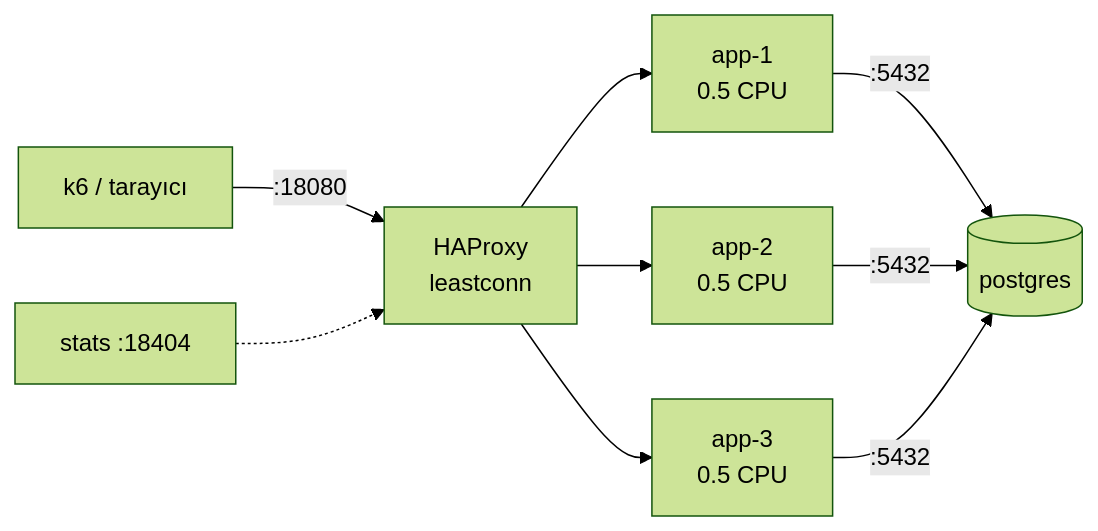
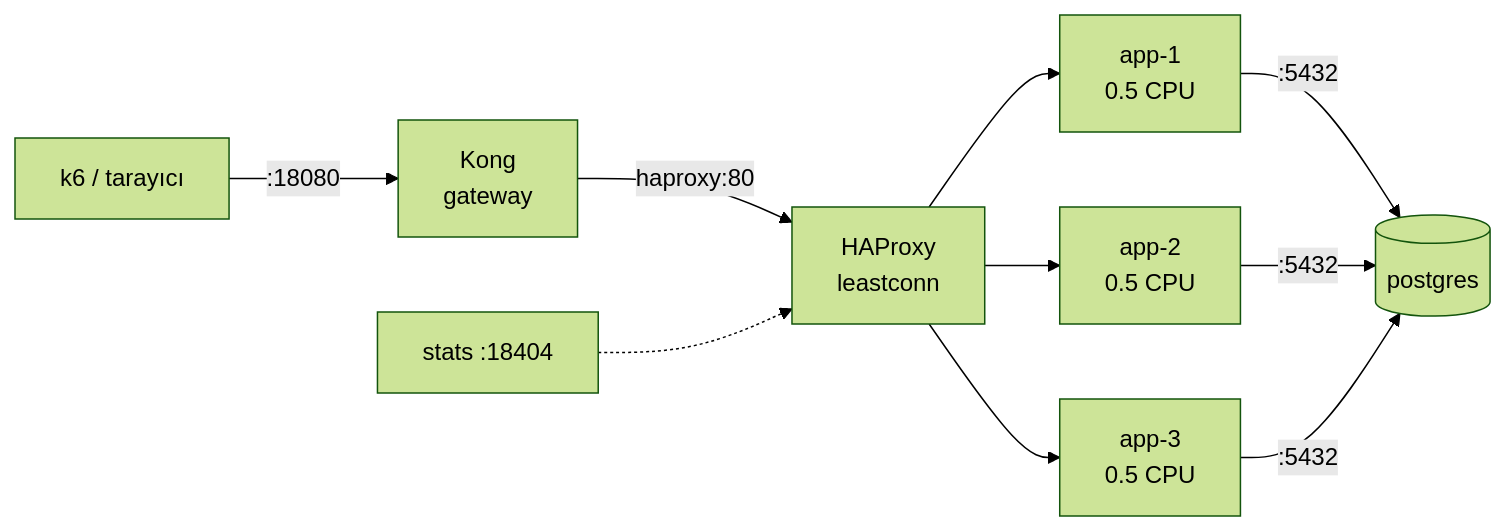
One commit to omeraltintas/edge-lab changed the diagram in README.md. Above: the diagram before and after it, drawn with Mermaid (forest theme). The commit also changed other lines of this file and 7 other files, not shown here.

Commit message:
feat(gateway): Kong 3.9 DB-less, HAProxy onunde gecis modu (faz 2a)

````diff
--- a/README.md
+++ b/README.md
@@ -25,9 +25,10 @@
 ```mermaid
 flowchart LR
-    K[k6 / tarayıcı] -->|:18080| H[HAProxy<br/>leastconn]
+    K[k6 / tarayıcı] -->|:18080| G[Kong<br/>gateway]
+    G -->|haproxy:80| H[HAProxy<br/>leastconn]
     H --> A1[app-1<br/>0.5 CPU]
     H --> A2[app-2<br/>0.5 CPU]
     H --> A3[app-3<br/>0.5 CPU]
     A1 & A2 & A3 -->|:5432| P[(postgres)]
     S[stats :18404] -.-> H
 ```
````
